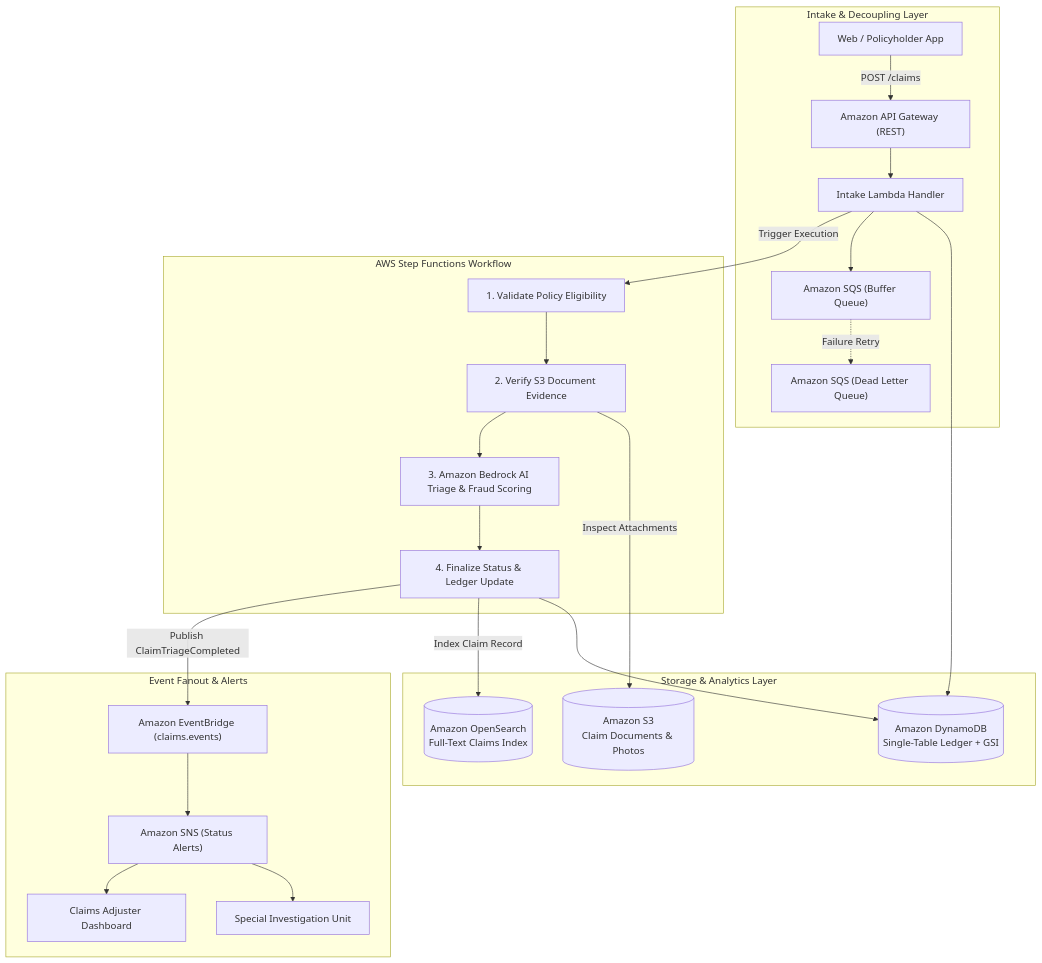
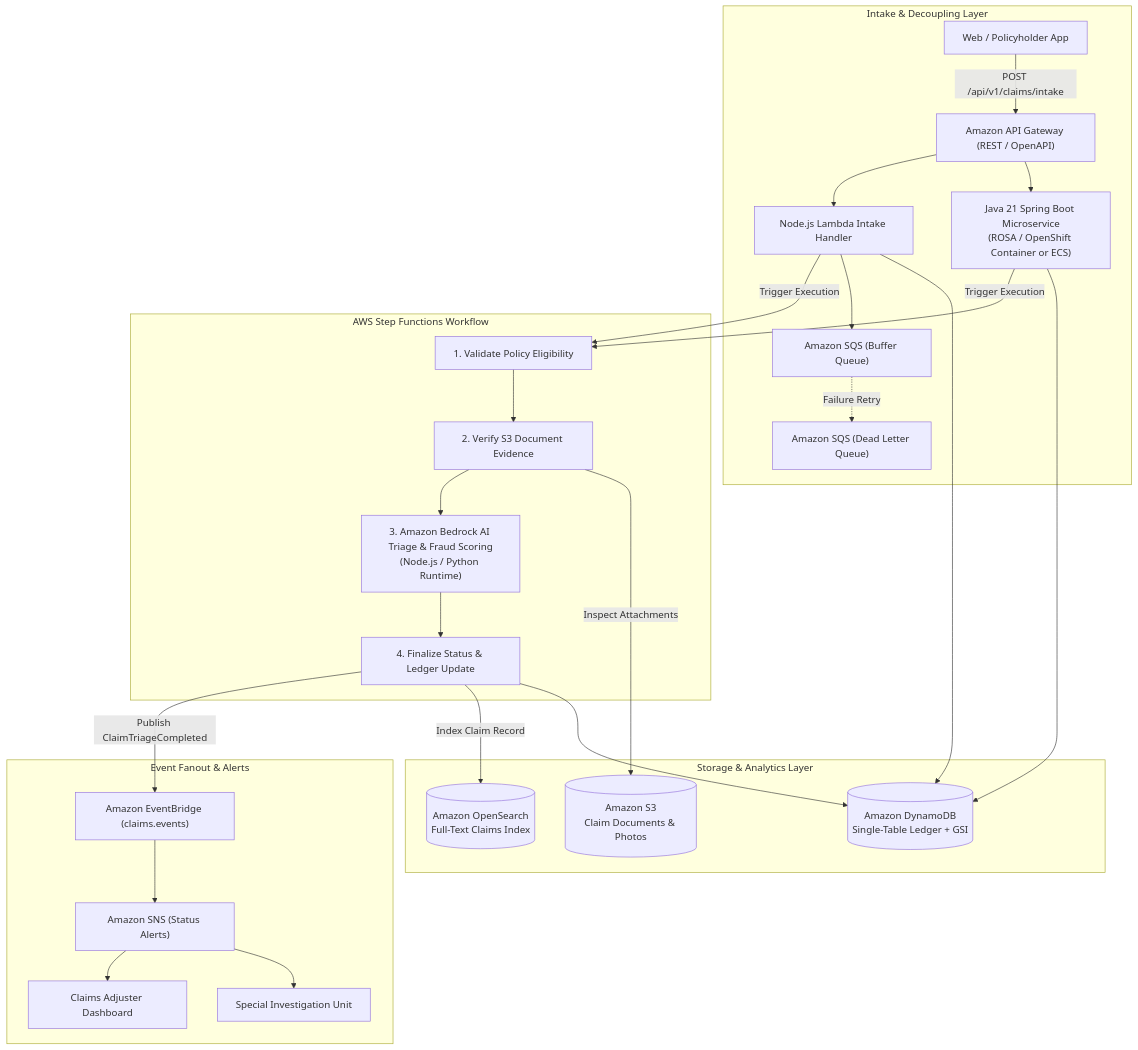
One commit to awanish5101/aws-serverless-claims-orchestrator changed the diagram in README.md. Above: the diagram before and after it, drawn with Mermaid. The commit also changed other lines of this file and 2 other files, not shown here.

Commit message:
docs & ci: update CI pipeline for multi-runtime Jest and Maven test suites and document polyglot architecture

````diff
--- a/README.md
+++ b/README.md
@@ -15,50 +20,54 @@
 ```mermaid
 flowchart TD
     subgraph Ingestion["Intake & Decoupling Layer"]
         Client["Web / Policyholder App"]
-        APIGW["Amazon API Gateway (REST)"]
-        IntakeLambda["Intake Lambda Handler"]
+        APIGW["Amazon API Gateway (REST / OpenAPI)"]
+        JavaService["Java 21 Spring Boot Microservice<br/>(ROSA / OpenShift Container or ECS)"]
+        NodeIntake["Node.js Lambda Intake Handler"]
         IngestionSQS["Amazon SQS (Buffer Queue)"]
         DLQ["Amazon SQS (Dead Letter Queue)"]
     end
 
     subgraph Orchestration["AWS Step Functions Workflow"]
         ValidateStep["1. Validate Policy Eligibility"]
         DocStep["2. Verify S3 Document Evidence"]
-        BedrockStep["3. Amazon Bedrock AI Triage & Fraud Scoring"]
+        BedrockStep["3. Amazon Bedrock AI Triage & Fraud Scoring<br/>(Node.js / Python Runtime)"]
         SettlementStep["4. Finalize Status & Ledger Update"]
     end
 
     subgraph Persistence["Storage & Analytics Layer"]
         DynamoDB[("Amazon DynamoDB<br/>Single-Table Ledger + GSI")]
         S3Bucket[("Amazon S3<br/>Claim Documents & Photos")]
         OpenSearch[("Amazon OpenSearch<br/>Full-Text Claims Index")]
     end
 
     subgraph Messaging["Event Fanout & Alerts"]
         EventBus["Amazon EventBridge (claims.events)"]
         SNSTopic["Amazon SNS (Status Alerts)"]
         SIU["Special Investigation Unit"]
         Adjuster["Claims Adjuster Dashboard"]
     end
 
-    Client -->|POST /claims| APIGW
-    APIGW --> IntakeLambda
-    IntakeLambda --> DynamoDB
-    IntakeLambda --> IngestionSQS
+    Client -->|POST /api/v1/claims/intake| APIGW
+    APIGW --> JavaService
+    APIGW --> NodeIntake
+    JavaService --> DynamoDB
+    NodeIntake --> DynamoDB
+    NodeIntake --> IngestionSQS
     IngestionSQS -.->|Failure Retry| DLQ
-    IntakeLambda -->|Trigger Execution| ValidateStep
+    JavaService -->|Trigger Execution| ValidateStep
+    NodeIntake -->|Trigger Execution| ValidateStep
 
     ValidateStep --> DocStep
     DocStep -->|Inspect Attachments| S3Bucket
     DocStep --> BedrockStep
     BedrockStep --> SettlementStep
 
     SettlementStep --> DynamoDB
     SettlementStep -->|Index Claim Record| OpenSearch
     SettlementStep -->|Publish ClaimTriageCompleted| EventBus
     EventBus --> SNSTopic
 
     SNSTopic --> SIU
     SNSTopic --> Adjuster
 ```
````
